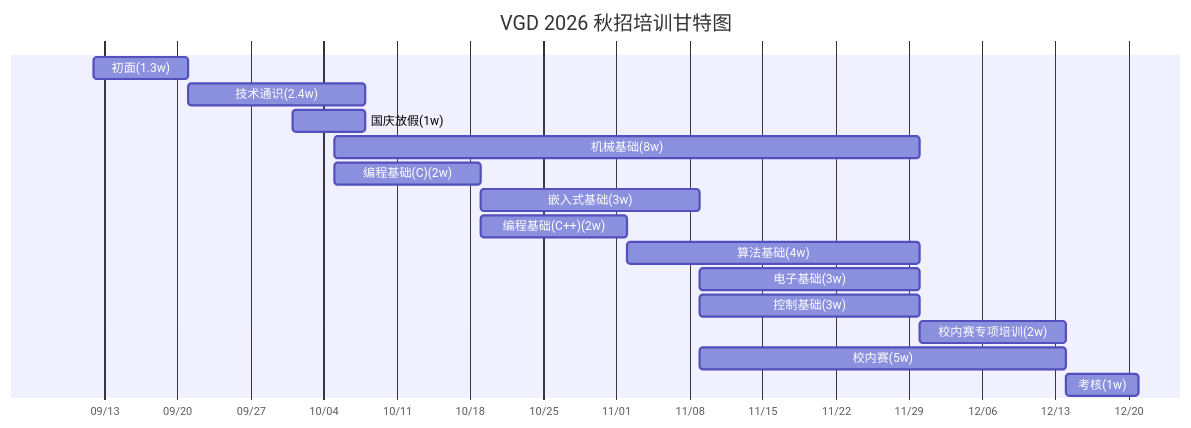
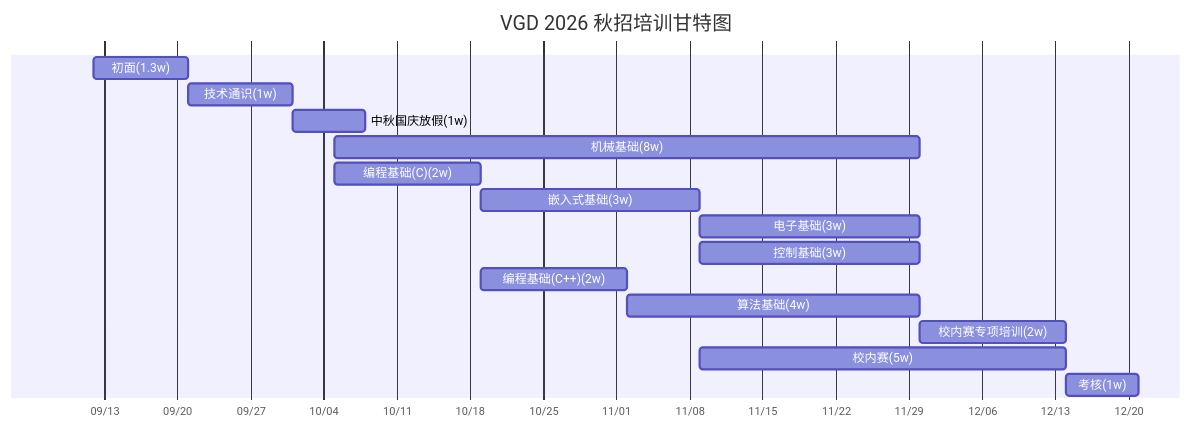
Before and after one commit to chuvgd/chuvgd-wiki: the diagram in training.md, drawn with Mermaid. The commit also changed other lines of this file, not shown here.

Commit message:
docs: update training

````diff
--- a/training.md
+++ b/training.md
@@ -105,20 +105,20 @@
 ```mermaid
 gantt
     title VGD 2026 秋招培训甘特图
     dateFormat YYYY-MM-DD
     axisFormat %m/%d
 
     初面(1.3w): 2026-09-12, 9d
-    技术通识(2.4w): 2026-09-21, 17d
-    国庆放假(1w): 2026-10-01, 7d
+    技术通识(1w): 2026-09-21, 10d
+    中秋国庆放假(1w): 2026-10-01, 7d
     机械基础(8w): 2026-10-05, 56d
     编程基础(C)(2w): 2026-10-05, 14d
     嵌入式基础(3w): 2026-10-19, 21d
+    电子基础(3w): 2026-11-09, 21d
+    控制基础(3w): 2026-11-09, 21d
     编程基础(C++)(2w): 2026-10-19, 14d
     算法基础(4w): 2026-11-02, 28d
-    电子基础(3w): 2026-11-09, 21d
-    控制基础(3w): 2026-11-09, 21d
     校内赛专项培训(2w): 2026-11-30, 14d
     校内赛(5w): 2026-11-09, 35d
     考核(1w): 2026-12-14, 7d
 ```
````
